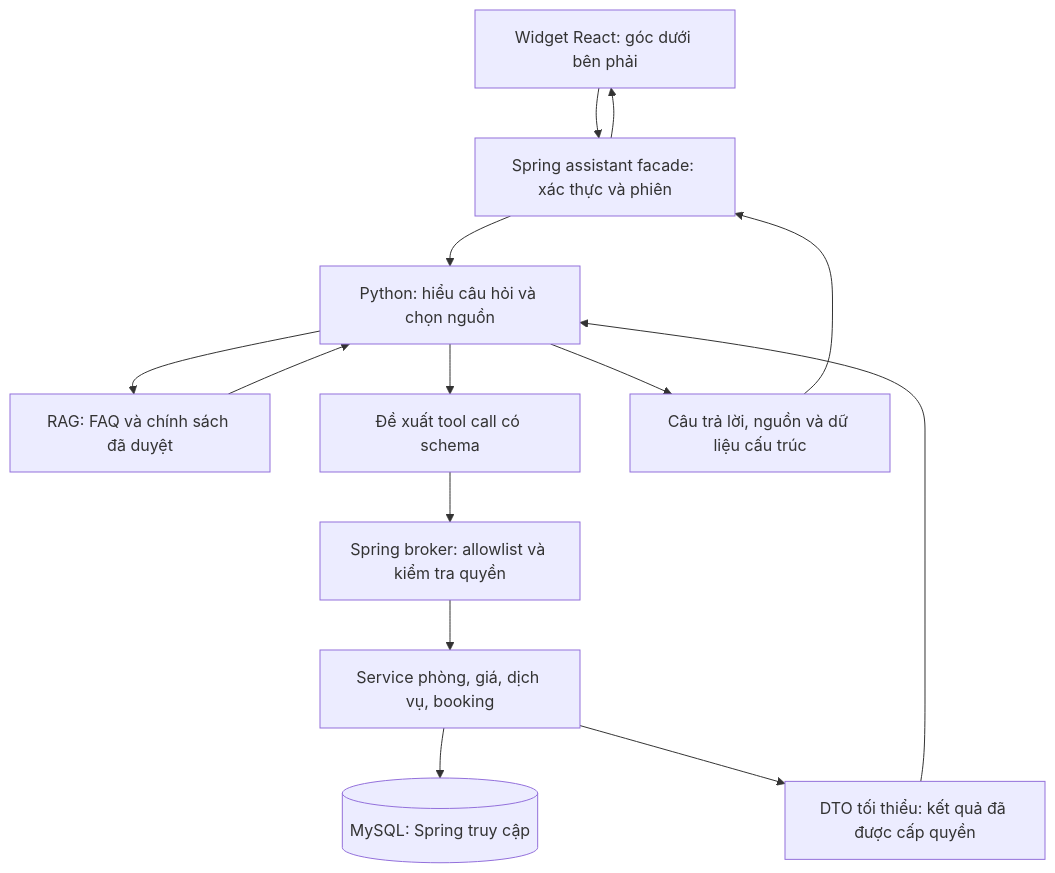
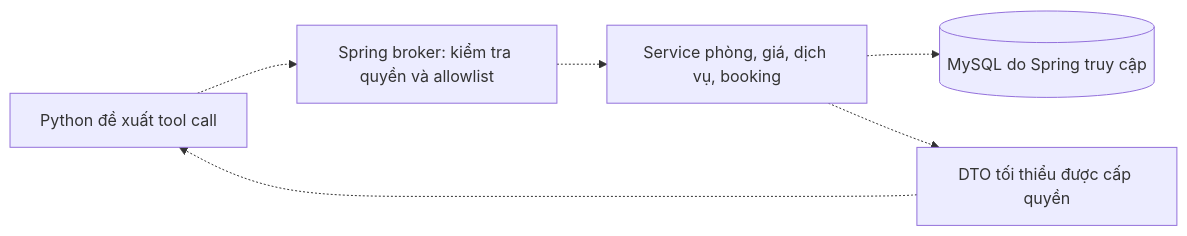
One commit to Gnaoh2512/PBL6 changed the third of 3 diagrams in ai-service/docs/architecture.md. Above: the diagram before and after it, drawn with Mermaid. The commit also changed other lines of this file and 16 other files, not shown here.

Commit message:
docs(ai): consolidate progress and document current FAQ architecture

````diff
--- a/ai-service/docs/architecture.md
+++ b/ai-service/docs/architecture.md
@@ -45,16 +84,8 @@
 ```mermaid
-flowchart TD
-    U[Widget React: góc dưới bên phải] --> B[Spring assistant facade: xác thực và phiên]
-    B --> A[Python: hiểu câu hỏi và chọn nguồn]
-    A --> R[RAG: FAQ và chính sách đã duyệt]
-    R --> A
-    A --> T[Đề xuất tool call có schema]
-    T --> G[Spring broker: allowlist và kiểm tra quyền]
-    G --> S[Service phòng, giá, dịch vụ, booking]
-    S --> D[(MySQL: Spring truy cập)]
-    S --> M[DTO tối thiểu: kết quả đã được cấp quyền]
-    M --> A
-    A --> O[Câu trả lời, nguồn và dữ liệu cấu trúc]
-    O --> B
-    B --> U
+flowchart LR
+    A[Python đề xuất tool call] -.-> B[Spring broker: kiểm tra quyền và allowlist]
+    B -.-> S[Service phòng, giá, dịch vụ, booking]
+    S -.-> D[(MySQL do Spring truy cập)]
+    S -.-> T[DTO tối thiểu được cấp quyền]
+    T -.-> A
 ```
````
